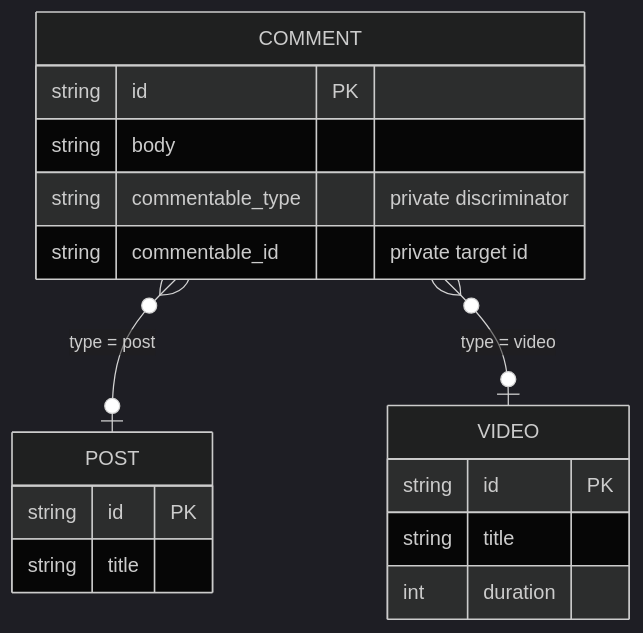
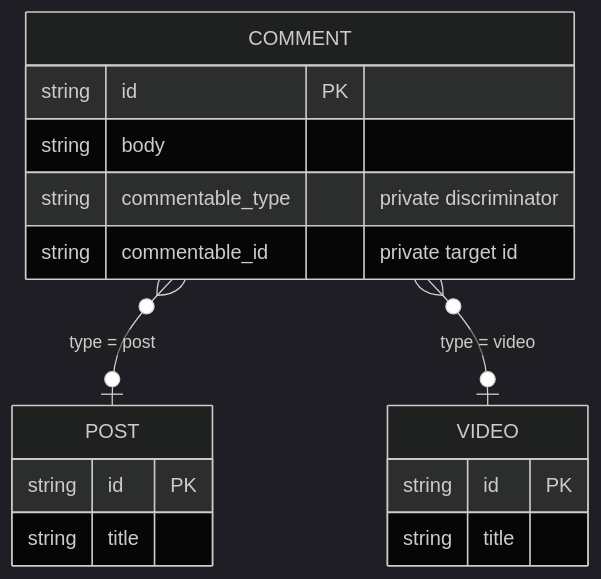
One commit to beynar/viborm changed the diagram in docs/content/docs/schema/relations/polymorphic.mdx. Above: the diagram before and after it, drawn with Mermaid (dark theme). The commit also changed other lines of this file, not shown here.

````diff
--- a/docs/content/docs/schema/relations/polymorphic.mdx
+++ b/docs/content/docs/schema/relations/polymorphic.mdx
@@ -191,20 +527,19 @@
 ```mermaid
 erDiagram
   COMMENT {
     string id PK
     string body
     string commentable_type "private discriminator"
     string commentable_id "private target id"
   }
   POST {
     string id PK
     string title
   }
   VIDEO {
     string id PK
     string title
-    int duration
   }
   COMMENT }o--o| POST : "type = post"
   COMMENT }o--o| VIDEO : "type = video"
 ```
````
